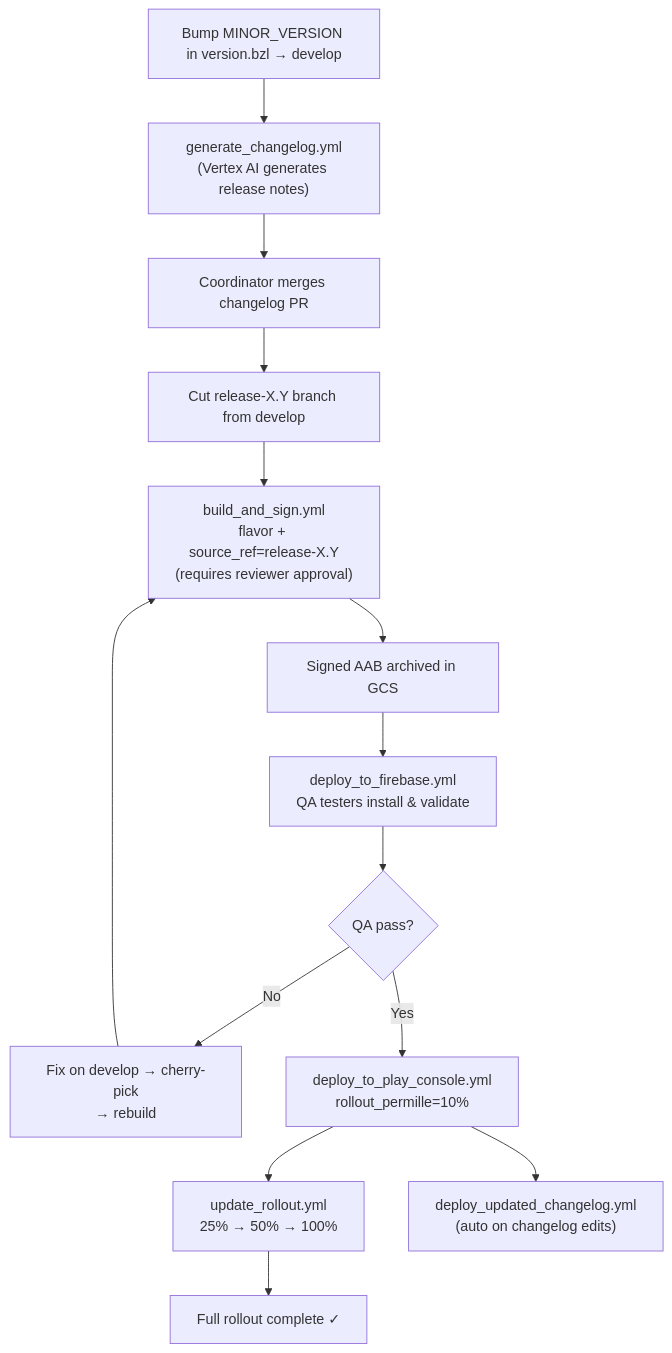
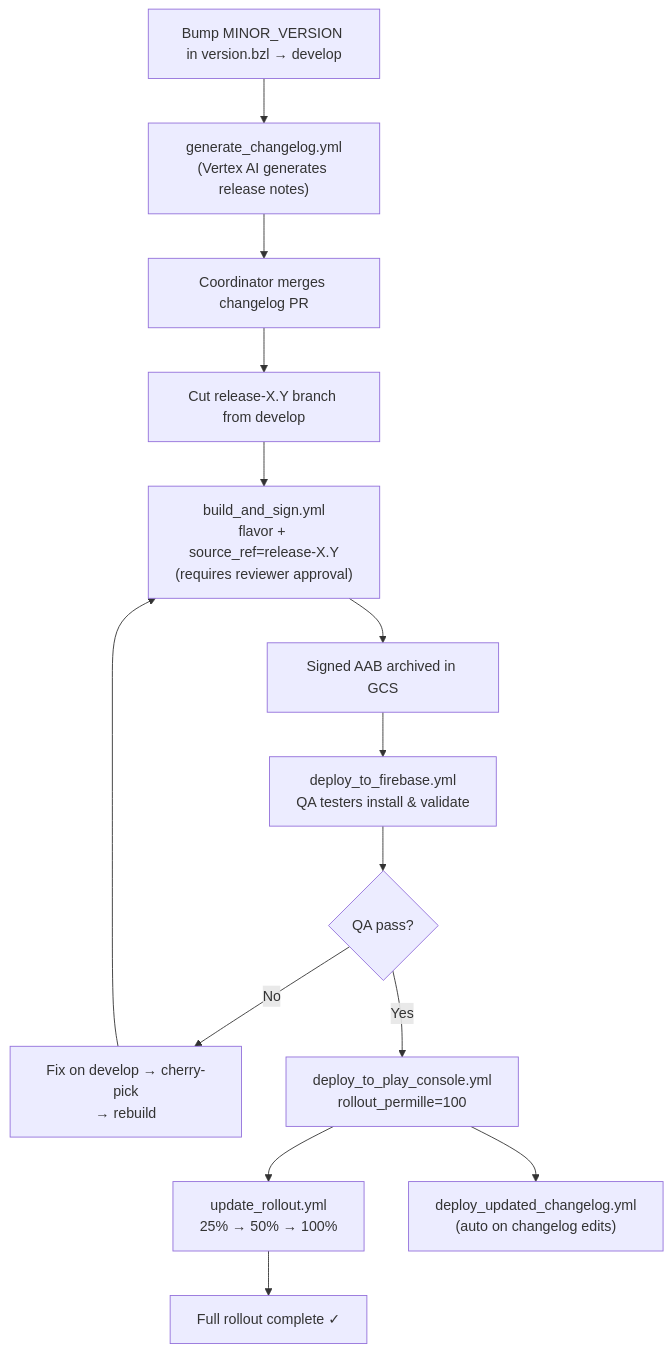
Before and after one commit to oppia/oppia-android: the first of 2 diagrams in wiki/app-and-feature-release-process.md, drawn with Mermaid.

````diff
--- a/wiki/app-and-feature-release-process.md
+++ b/wiki/app-and-feature-release-process.md
@@ -382,16 +382,16 @@
 ```mermaid
 flowchart TD
     A["Bump MINOR_VERSION in version.bzl → develop"] --> B["generate_changelog.yml\n(Vertex AI generates release notes)"]
     B --> C["Coordinator merges changelog PR"]
     C --> D["Cut release-X.Y branch from develop"]
     D --> E["build_and_sign.yml\nflavor + source_ref=release-X.Y\n(requires reviewer approval)"]
     E --> F["Signed AAB archived in GCS"]
     F --> G["deploy_to_firebase.yml\nQA testers install & validate"]
     G --> H{"QA pass?"}
     H -- "No" --> I["Fix on develop → cherry-pick\n→ rebuild"]
     I --> E
-    H -- "Yes" --> J["deploy_to_play_console.yml\nrollout_permille=10%"]
+H -- "Yes" --> J["deploy_to_play_console.yml\nrollout_permille=100"]
     J --> K["update_rollout.yml\n25% → 50% → 100%"]
     K --> L["Full rollout complete ✓"]
     J --> M["deploy_updated_changelog.yml\n(auto on changelog edits)"]
 ```
````
